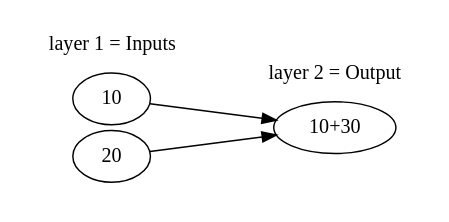
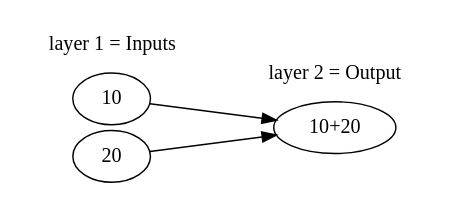
The diagram in blog/Tensor-flow-001.org (arturovivas/arturovivas.github.io), drawn with Graphviz before and after one commit. The commit also changed other lines of this file and 3 other files, not shown here.

```diff
--- a/blog/Tensor-flow-001.org
+++ b/blog/Tensor-flow-001.org
@@ -36,29 +36,29 @@
-#+BEGIN_SRC dot :file ./img/simple_graph.png :cmdline -Kdot -Tpng :export none
+#+BEGIN_SRC dot :export none  :file ./img/simple_graph.png :cmdline -Kdot -Tpng  :results output silent
 digraph G {
 
           rankdir=LR
 	  splines=line
           nodesep=.05;
           x2 [label="10"];
           x1 [label="20"];
-          a12 [label="10+30"];
+          a12 [label="10+20"];
 
           subgraph cluster_0 {
 		  color=white;
                   node [style=solid,color=blue4, shape=circle];
 		  x1 x2 ;
 		  label = "layer 1 = Inputs";
 	  }
 
 	  subgraph cluster_1 {
 		  color=white;
 		  node [style=solid,color=red2, shape=circle];
 		  a12 ;
 		  label = "layer 2 = Output";
 	  }
 
         x1 -> a12;
         x2 -> a12;
 
 }
 #+END_SRC
```
